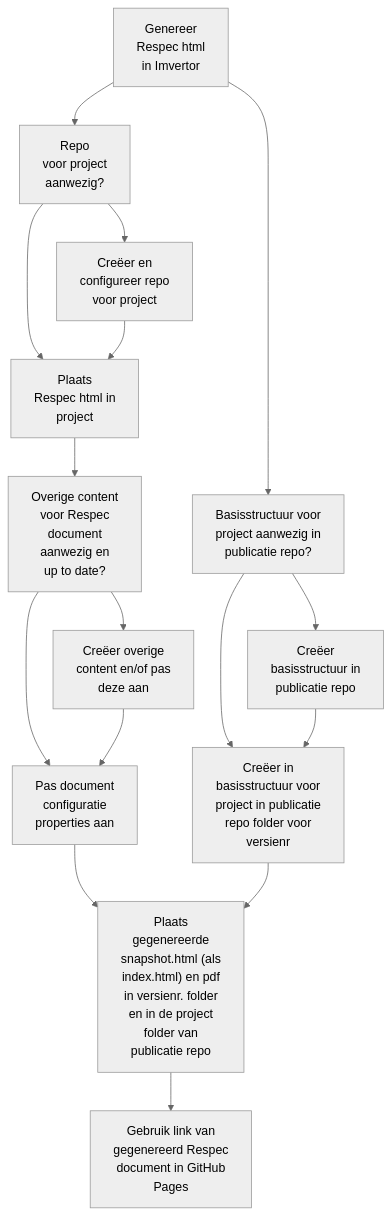
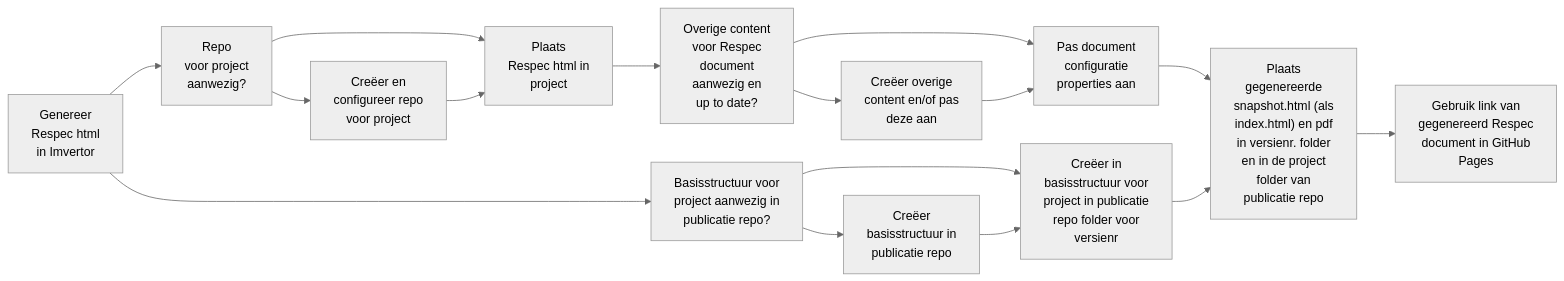
Before and after one commit to melsk-r/VNG-R-Respec-Template: the diagram in mermaid.md, drawn with Mermaid (neutral theme).

````diff
--- a/mermaid.md
+++ b/mermaid.md
@@ -6,5 +6,5 @@
 ```mermaid
-graph TD;
+graph LR;
     A["Genereer
 Respec html
 in Imvertor"]-->B["Repo
````
